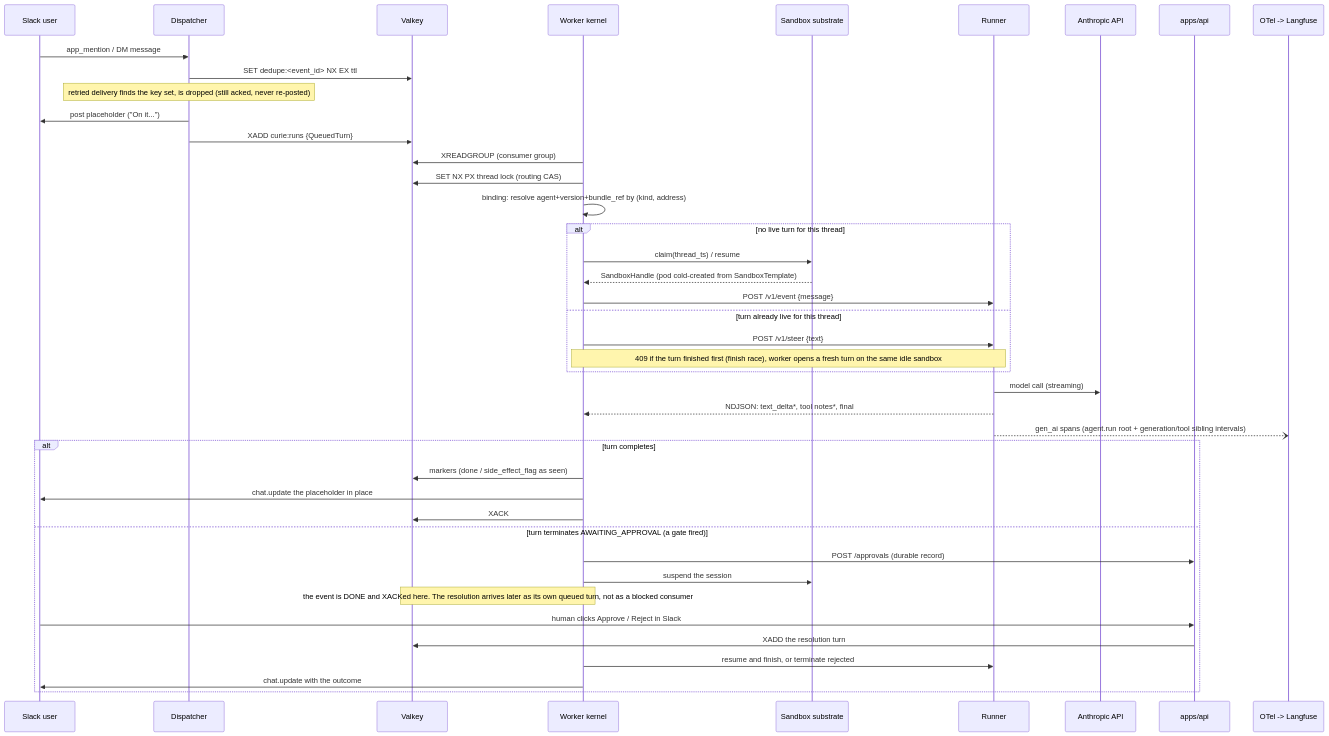
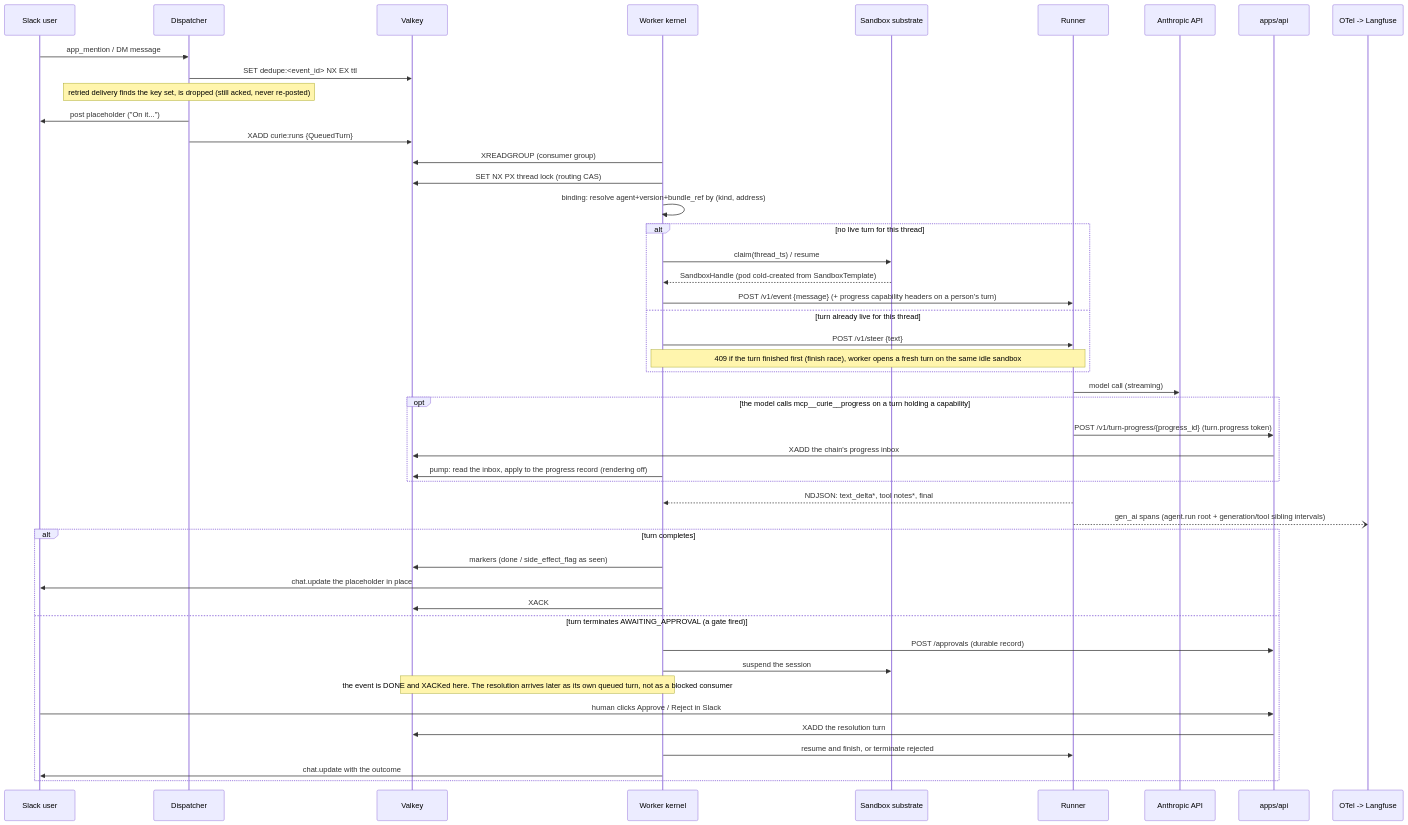
One commit to curie-eng/curie changed the second of 3 diagrams in ARCHITECTURE.md. Above: the diagram before and after it, drawn with Mermaid. The commit also changed other lines of this file and 6 other files, not shown here.

````diff
--- a/ARCHITECTURE.md
+++ b/ARCHITECTURE.md
@@ -254,48 +255,53 @@
 ```mermaid
 sequenceDiagram
     participant U as Slack user
     participant D as Dispatcher
     participant V as Valkey
     participant W as Worker kernel
     participant S as Sandbox substrate
     participant R as Runner
     participant A as Anthropic API
     participant P as apps/api
     participant O as OTel -> Langfuse
 
     U->>D: app_mention / DM message
     D->>V: SET dedupe:<event_id> NX EX ttl
     Note over D: retried delivery finds the key set, is dropped (still acked, never re-posted)
     D->>U: post placeholder ("On it...")
     D->>V: XADD curie:runs {QueuedTurn}
 
     W->>V: XREADGROUP (consumer group)
     W->>V: SET NX PX thread lock (routing CAS)
     W->>W: binding: resolve agent+version+bundle_ref by (kind, address)
     alt no live turn for this thread
         W->>S: claim(thread_ts) / resume
         S-->>W: SandboxHandle (pod cold-created from SandboxTemplate)
-        W->>R: POST /v1/event {message}
+        W->>R: POST /v1/event {message} (+ progress capability headers on a person's turn)
     else turn already live for this thread
         W->>R: POST /v1/steer {text}
         Note over W,R: 409 if the turn finished first (finish race), worker opens a fresh turn on the same idle sandbox
     end
 
     R->>A: model call (streaming)
+    opt the model calls mcp__curie__progress on a turn holding a capability
+        R->>P: POST /v1/turn-progress/{progress_id} (turn.progress token)
+        P->>V: XADD the chain's progress inbox
+        W->>V: pump: read the inbox, apply to the progress record (rendering off)
+    end
     R-->>W: NDJSON: text_delta*, tool notes*, final
     R--)O: gen_ai spans (agent.run root + generation/tool sibling intervals)
 
     alt turn completes
         W->>V: markers (done / side_effect_flag as seen)
         W->>U: chat.update the placeholder in place
         W->>V: XACK
     else turn terminates AWAITING_APPROVAL (a gate fired)
         W->>P: POST /approvals (durable record)
         W->>S: suspend the session
         Note over W,V: the event is DONE and XACKed here. The resolution arrives later as its own queued turn, not as a blocked consumer
         U->>P: human clicks Approve / Reject in Slack
         P->>V: XADD the resolution turn
         W->>R: resume and finish, or terminate rejected
         W->>U: chat.update with the outcome
     end
 ```
````
